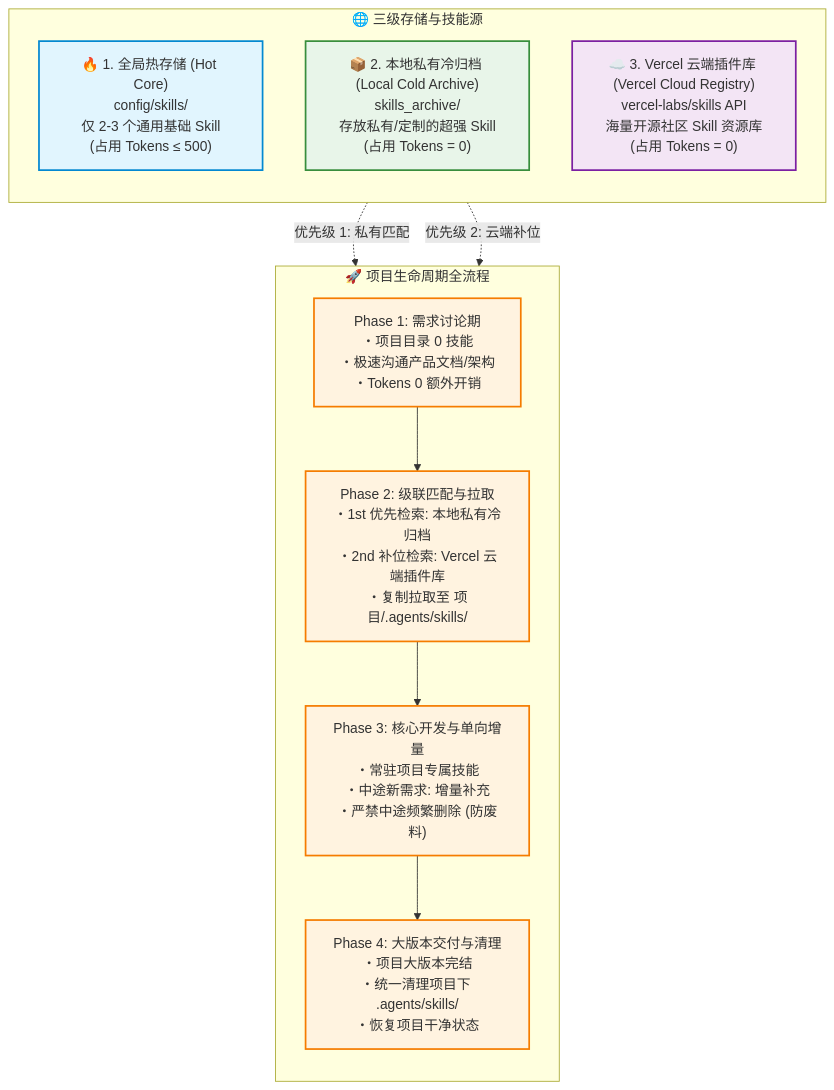
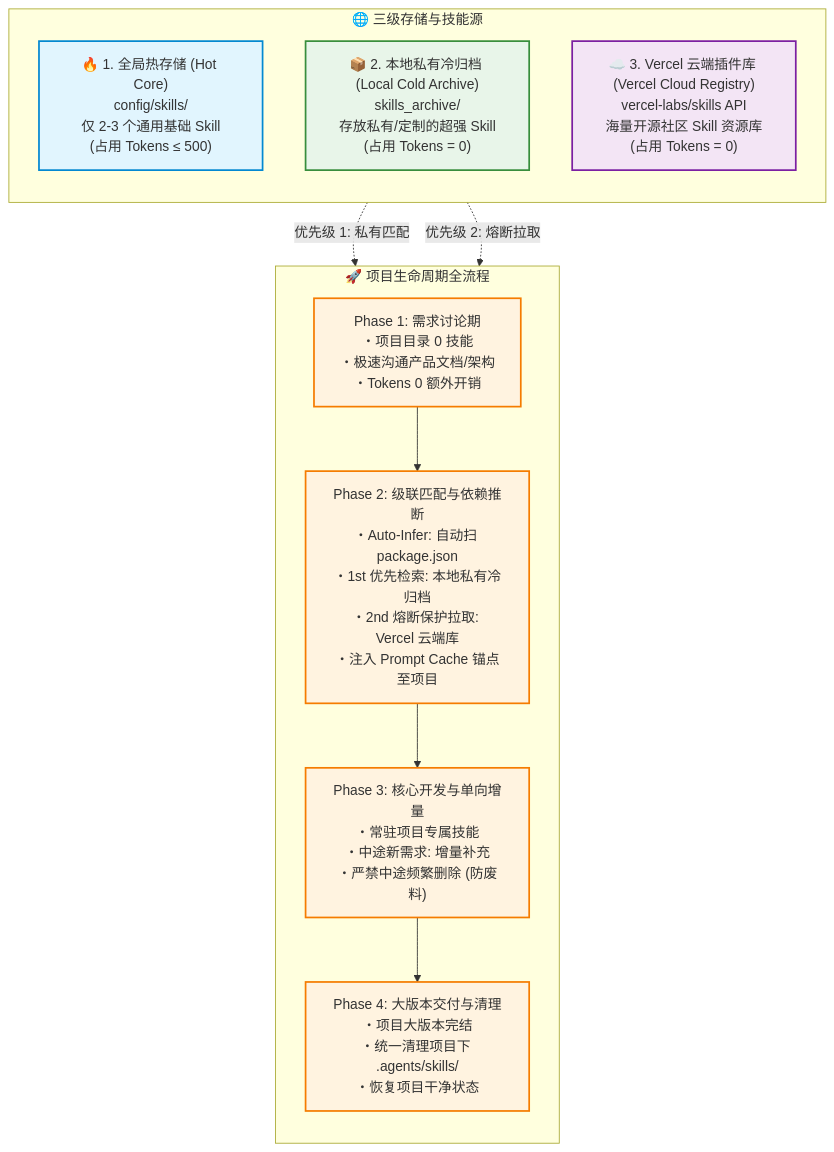
Before and after one commit to amasun/skill-orchestrator: the first of 2 diagrams in README.md, drawn with Mermaid. The commit also changed other lines of this file and 2 other files, not shown here.

````diff
--- a/README.md
+++ b/README.md
@@ -28,27 +40,27 @@
 ```mermaid
 flowchart TD
     classDef hotStyle fill:#e1f5fe,stroke:#0288d1,stroke-width:2px;
     classDef coldStyle fill:#e8f5e9,stroke:#388e3c,stroke-width:2px;
     classDef cloudStyle fill:#f3e5f5,stroke:#7b1fa2,stroke-width:2px;
     classDef phaseStyle fill:#fff3e0,stroke:#f57c00,stroke-width:2px;
 
     subgraph STORAGE["🌐 三级存储与技能源"]
         direction TB
         HotCore["🔥 1. 全局热存储 (Hot Core)<br>config/skills/<br>仅 2-3 个通用基础 Skill<br>(占用 Tokens &le; 500)"]:::hotStyle
         ColdArchive["📦 2. 本地私有冷归档 (Local Cold Archive)<br>skills_archive/<br>存放私有/定制的超强 Skill<br>(占用 Tokens = 0)"]:::coldStyle
         VercelCloud["☁️ 3. Vercel 云端插件库 (Vercel Cloud Registry)<br>vercel-labs/skills API<br>海量开源社区 Skill 资源库<br>(占用 Tokens = 0)"]:::cloudStyle
     end
 
     subgraph LIFECYCLE["🚀 项目生命周期全流程"]
         direction TB
         P1["Phase 1: 需求讨论期<br>・项目目录 0 技能<br>・极速沟通产品文档/架构<br>・Tokens 0 额外开销"]:::phaseStyle
-        P2["Phase 2: 级联匹配与拉取<br>・1st 优先检索: 本地私有冷归档<br>・2nd 补位检索: Vercel 云端插件库<br>・复制拉取至 项目/.agents/skills/"]:::phaseStyle
+        P2["Phase 2: 级联匹配与依赖推断<br>・Auto-Infer: 自动扫 package.json<br>・1st 优先检索: 本地私有冷归档<br>・2nd 熔断保护拉取: Vercel 云端库<br>・注入 Prompt Cache 锚点至项目"]:::phaseStyle
         P3["Phase 3: 核心开发与单向增量<br>・常驻项目专属技能<br>・中途新需求: 增量补充<br>・严禁中途频繁删除 (防废料)"]:::phaseStyle
         P4["Phase 4: 大版本交付与清理<br>・项目大版本完结<br>・统一清理项目下 .agents/skills/<br>・恢复项目干净状态"]:::phaseStyle
 
         P1 --> P2 --> P3 --> P4
     end
 
     ColdArchive -.->|优先级 1: 私有匹配| P2
-    VercelCloud -.->|优先级 2: 云端补位| P2
+    VercelCloud -.->|优先级 2: 熔断拉取| P2
 ```
````
